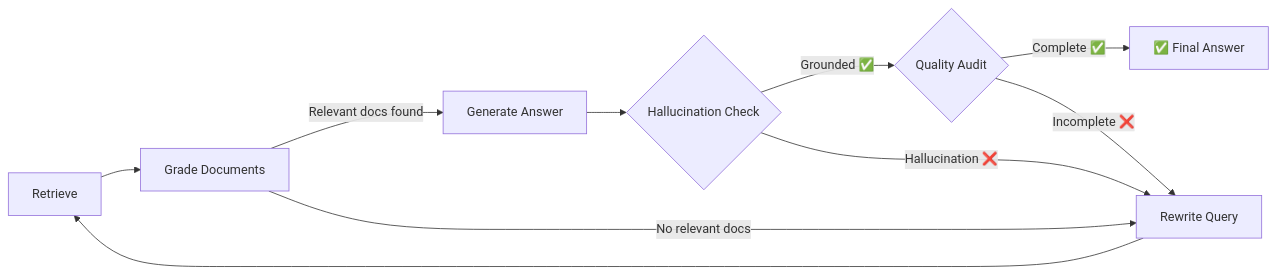
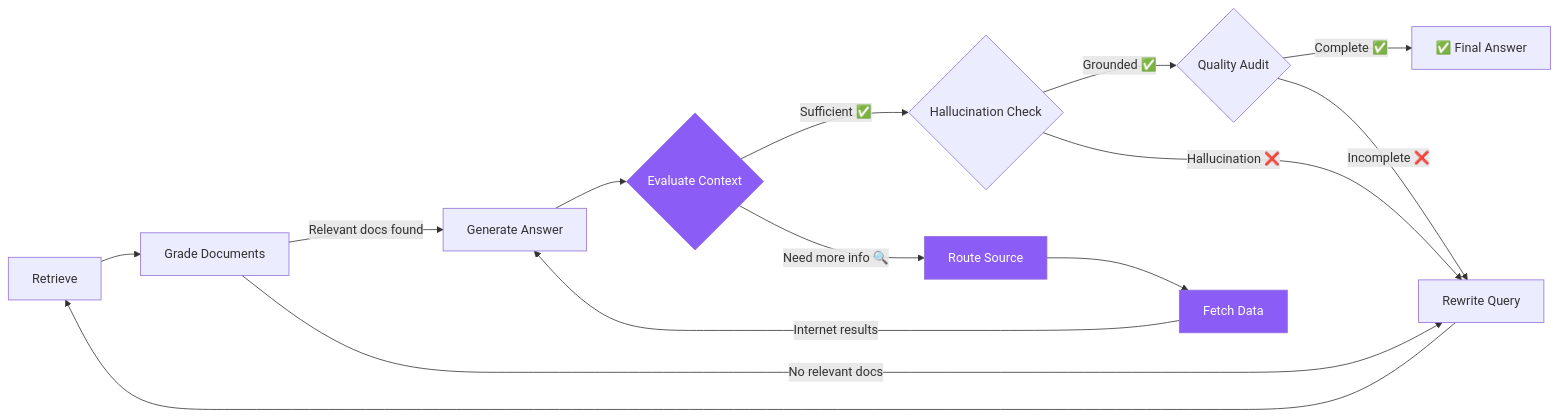
The diagram in README.md (mini-rag-deploy/mini-ragg), drawn with Mermaid before and after one commit. The commit also changed other lines of this file and 9 other files, not shown here.

First line of the commit message:
feat(agent): Implement agentic RAG with dynamic source routing and internet retrieval

````diff
--- a/README.md
+++ b/README.md
@@ -83,12 +88,20 @@
 ```mermaid
 graph LR
     A[Retrieve] --> B[Grade Documents]
     B -->|Relevant docs found| C[Generate Answer]
     B -->|No relevant docs| D[Rewrite Query]
-    C --> E{Hallucination Check}
-    E -->|Grounded ✅| F{Quality Audit}
-    E -->|Hallucination ❌| D
-    F -->|Complete ✅| G[✅ Final Answer]
-    F -->|Incomplete ❌| D
+    C --> E{Evaluate Context}
+    E -->|Sufficient ✅| F{Hallucination Check}
+    E -->|Need more info 🔍| H[Route Source]
+    H --> I[Fetch Data]
+    I -->|Internet results| C
+    F -->|Grounded ✅| G{Quality Audit}
+    F -->|Hallucination ❌| D
+    G -->|Complete ✅| J[✅ Final Answer]
+    G -->|Incomplete ❌| D
     D --> A
+
+    style E fill:#8B5CF6,color:#fff
+    style H fill:#8B5CF6,color:#fff
+    style I fill:#8B5CF6,color:#fff
 ```
````
